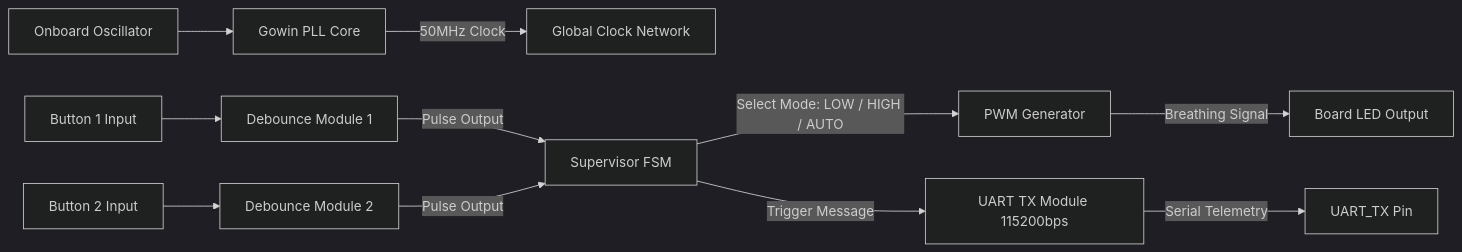
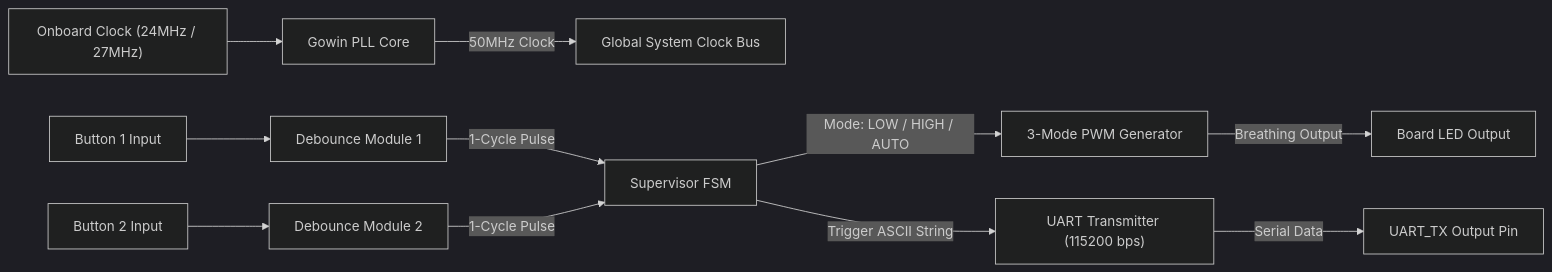
One commit to zok213/porygon changed the fifth of 5 diagrams in README.md. Above: the diagram before and after it, drawn with Mermaid (dark theme). The commit also changed other lines of this file and 1 other file, not shown here.

Commit message:
docs: Update READMEs with complete contest specifications, scoring matrix, and fixed Mermaid rendering syntax

````diff
--- a/README.md
+++ b/README.md
@@ -216,17 +201,17 @@
 ```mermaid
 flowchart LR
-    CLK_IN[Onboard Oscillator] --> PLL[Gowin PLL Core]
-    PLL -->|50MHz Clock| SYS_CLK[Global Clock Network]
+    CLK_IN["Onboard Clock (24MHz / 27MHz)"] --> PLL["Gowin PLL Core"]
+    PLL -->|"50MHz Clock"| SYS_CLK["Global System Clock Bus"]
 
-    BTN1[Button 1 Input] --> DEB1[Debounce Module 1]
-    BTN2[Button 2 Input] --> DEB2[Debounce Module 2]
+    BTN1["Button 1 Input"] --> DEB1["Debounce Module 1"]
+    BTN2["Button 2 Input"] --> DEB2["Debounce Module 2"]
 
-    DEB1 -->|Pulse Output| FSM[Supervisor FSM]
-    DEB2 -->|Pulse Output| FSM
+    DEB1 -->|"1-Cycle Pulse"| FSM["Supervisor FSM"]
+    DEB2 -->|"1-Cycle Pulse"| FSM
 
-    FSM -->|Select Mode: LOW / HIGH / AUTO| PWM[PWM Generator]
-    FSM -->|Trigger Message| UART[UART TX Module 115200bps]
+    FSM -->|"Mode: LOW / HIGH / AUTO"| PWM["3-Mode PWM Generator"]
+    FSM -->|"Trigger ASCII String"| UART["UART Transmitter (115200 bps)"]
 
-    PWM -->|Breathing Signal| LED[Board LED Output]
-    UART -->|Serial Telemetry| TX[UART_TX Pin]
+    PWM -->|"Breathing Output"| LED["Board LED Output"]
+    UART -->|"Serial Data"| TX_PIN["UART_TX Output Pin"]
 ```
````
